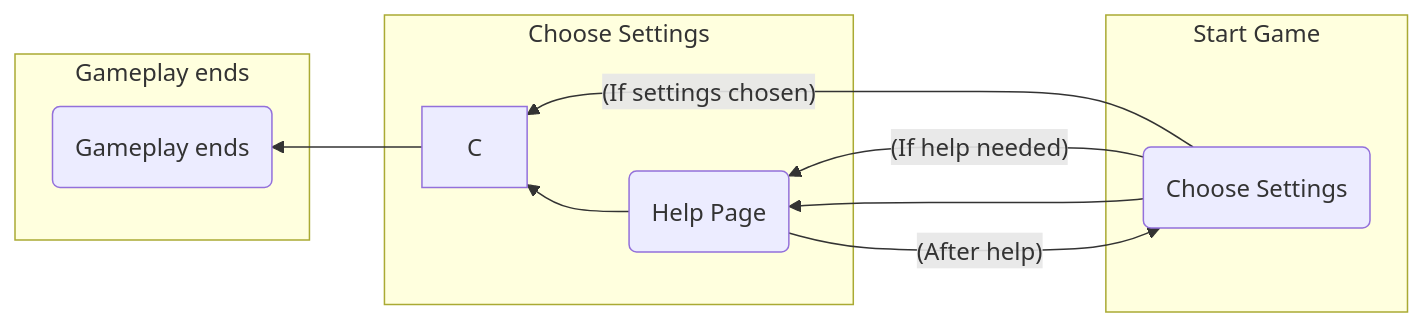
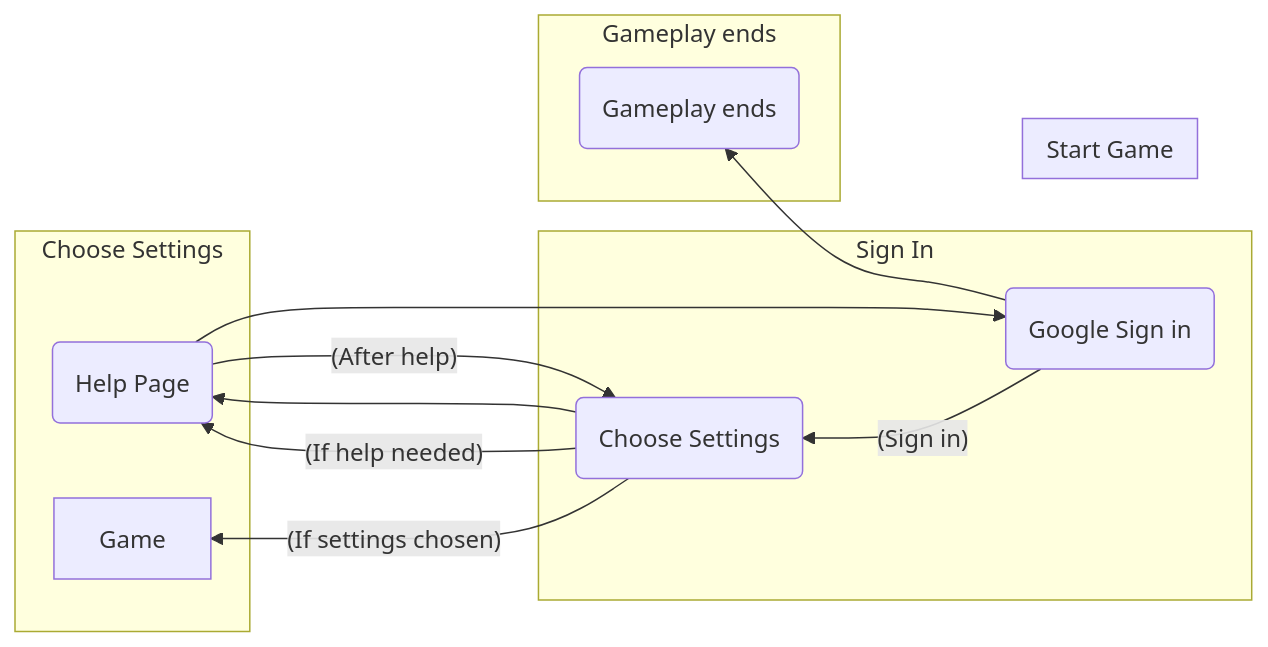
Before and after one commit to JaimeZepeda08/SixOfBadgers: the third of 3 diagrams in README.md, drawn with Mermaid.

````diff
--- a/README.md
+++ b/README.md
@@ -223,21 +223,27 @@
 ```mermaid
 flowchart RL
+
+subgraph "Sign In"
+    C(Google Sign in)
+    C --(Sign in)--> A
+end
+
 subgraph "Start Game"
     A(Choose Settings)
 end
 
 subgraph "Choose Settings"
     B(Help Page)
     A --(If help needed)--> B
     B --(After help)--> A
-    A --(If settings chosen)--> C
+    A --(If settings chosen)--> Game
 end
 
 subgraph "Gameplay ends"
     D(Gameplay ends)
 end
 
 A --> B
 B --> C
 C --> D
 ```
````
